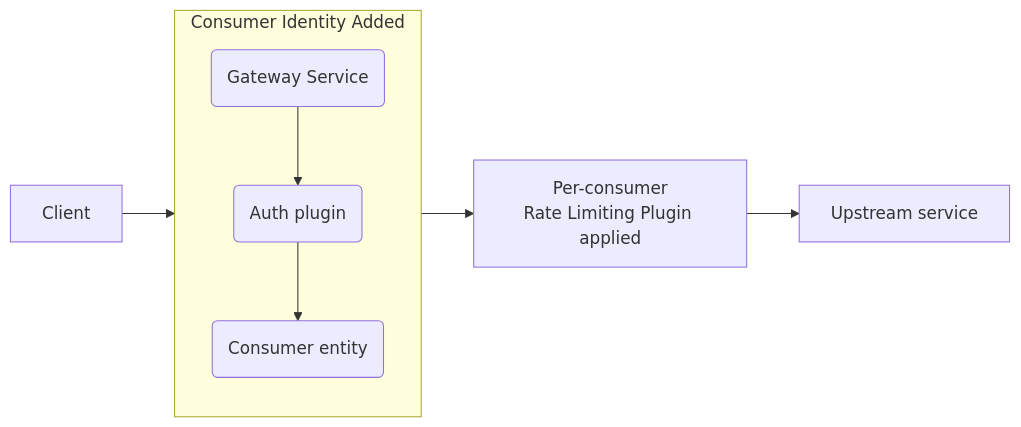
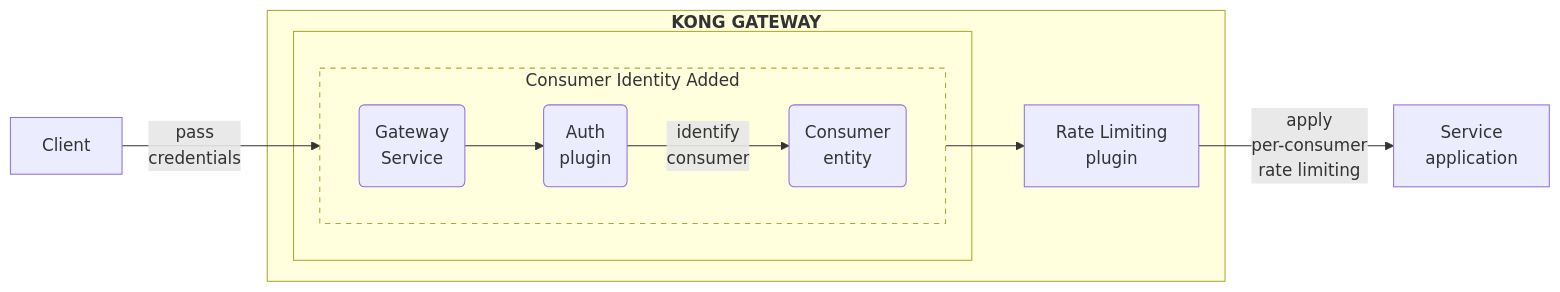
One commit to Kong/developer.konghq.com changed the diagram in app/_gateway_entities/consumer.md. Above: the diagram before and after it, drawn with Mermaid.

Commit message:
Improve consumer diagram (#353)
* make consumer diagram easier to understand

* better spacing for title

```diff
--- a/app/_gateway_entities/consumer.md
+++ b/app/_gateway_entities/consumer.md
@@ -89,20 +89,37 @@
 {% mermaid %}
 flowchart LR
 
-Consumer(Consumer entity)
-Service(Gateway Service)
-Auth(Auth plugin)
-Upstream[Upstream service]
-RL["Per-consumer
-Rate Limiting Plugin applied"]
+Consumer(Consumer 
+entity)
+Service(Gateway 
+Service)
+Auth(Auth
+plugin)
+Upstream[Service 
+application]
+RL["Rate Limiting 
+plugin"]
 
-Client --> Authenticate
+Client --pass
+credentials--> Service
+subgraph id1 ["`**KONG GATEWAY**`"]
+    subgraph padding[ ]
+
 subgraph Authenticate ["Consumer Identity Added"]
-    direction TB
+    direction LR
     Service --> Auth
-    Auth-->Consumer
+    Auth--identify 
+    consumer-->Consumer
+    end
 end
-Authenticate --> RL
-RL --> Upstream
+
+Consumer--> RL
+end
+RL --apply 
+per-consumer
+rate limiting--> Upstream
+
+style Authenticate stroke-dasharray: 5 5
+style padding stroke:none!important,fill:none!important
 
 {% endmermaid %}
```
